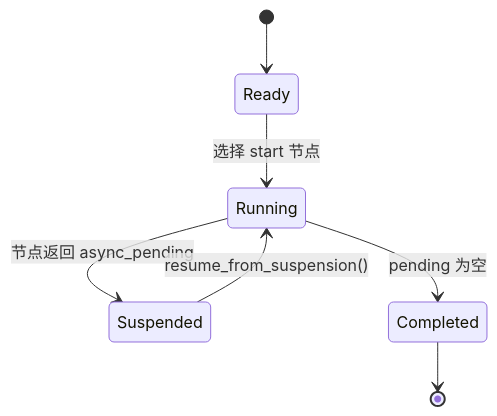
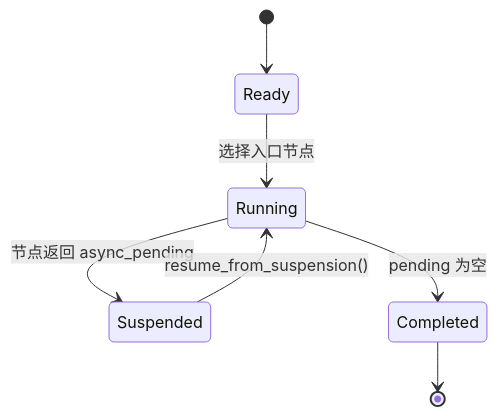
One commit to zhongkaifu/VelvetFlow changed the second of 3 diagrams in README.md. Above: the diagram before and after it, drawn with Mermaid. The commit also changed other lines of this file and 10 other files, not shown here.

````diff
--- a/README.md
+++ b/README.md
@@ -49,9 +49,9 @@
 ```mermaid
 stateDiagram-v2
     [*] --> Ready
-    Ready --> Running: 选择 start 节点
+    Ready --> Running: 选择入口节点
     Running --> Suspended: 节点返回 async_pending
     Suspended --> Running: resume_from_suspension()
     Running --> Completed: pending 为空
     Completed --> [*]
 ```
````
